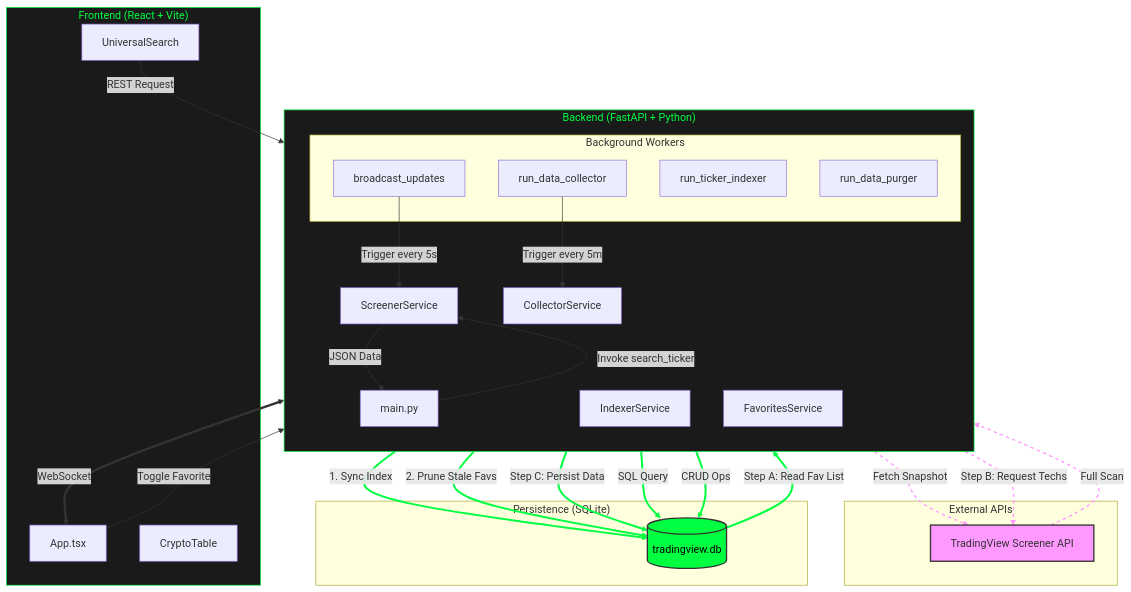
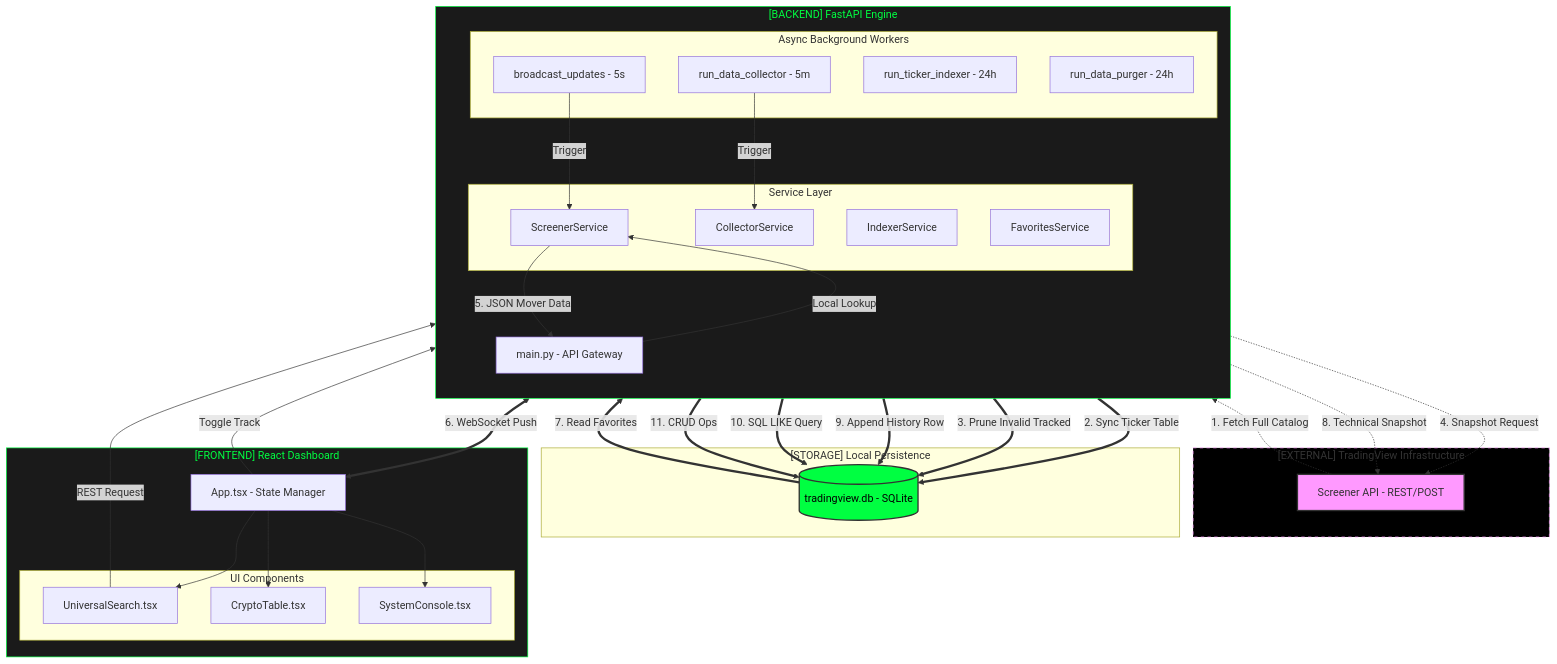
The diagram in docs/ARCHITECTURE.md (doralich/maket_trading_screener), drawn with Mermaid before and after one commit. The commit also changed other lines of this file and 1 other file, not shown here.

Commit message:
docs: Deep refine architecture, workflow, and dataflow documentation

````diff
--- a/docs/ARCHITECTURE.md
+++ b/docs/ARCHITECTURE.md
@@ -7,72 +7,79 @@
 ```mermaid
 graph TD
-    %% External Layer
-    subgraph External["External APIs"]
-        TV[TradingView Screener API]
+    %% EXTERNAL DATA SOURCE
+    subgraph External["[EXTERNAL] TradingView Infrastructure"]
+        TV_API[Screener API - REST/POST]
     end
 
-    %% Backend Layer
-    subgraph Backend["Backend (FastAPI + Python)"]
+    %% BACKEND CORE
+    subgraph Backend["[BACKEND] FastAPI Engine"]
         direction TB
-        App[main.py]
-        ScreenerSvc[ScreenerService]
-        CollectorSvc[CollectorService]
-        IndexerSvc[IndexerService]
-        FavSvc[FavoritesService]
+        Main[main.py - API Gateway]
         
-        subgraph Workers["Background Workers"]
-            W1[broadcast_updates]
-            W2[run_data_collector]
-            W3[run_ticker_indexer]
-            W4[run_data_purger]
+        subgraph Services["Service Layer"]
+            S_Screen[ScreenerService]
+            S_Coll[CollectorService]
+            S_Idx[IndexerService]
+            S_Fav[FavoritesService]
+        end
+
+        subgraph Workers["Async Background Workers"]
+            W_Broad[broadcast_updates - 5s]
+            W_Coll[run_data_collector - 5m]
+            W_Idx[run_ticker_indexer - 24h]
+            W_Purge[run_data_purger - 24h]
         end
     end
 
-    %% Persistence Layer
-    subgraph Storage["Persistence (SQLite)"]
-        DB[(tradingview.db)]
+    %% PERSISTENCE
+    subgraph Storage["[STORAGE] Local Persistence"]
+        DB[(tradingview.db - SQLite)]
     end
 
-    %% Frontend Layer
-    subgraph Frontend["Frontend (React + Vite)"]
-        MainApp[App.tsx]
-        Search[UniversalSearch]
-        Table[CryptoTable]
+    %% FRONTEND CORE
+    subgraph Frontend["[FRONTEND] React Dashboard"]
+        MainApp[App.tsx - State Manager]
+        subgraph UI["UI Components"]
+            Search[UniversalSearch.tsx]
+            Table[CryptoTable.tsx]
+            Console[SystemConsole.tsx]
+        end
     end
 
-    %% --- 1. TICKER INDEXING (IndexerService) ---
-    TV -.->|Full Scan| IndexerSvc
-    IndexerSvc ==>|1. Sync Index| DB
-    IndexerSvc ==>|2. Prune Stale Favs| DB
+    %% --- DATA FLOW 1: DISCOVERY (Indexing) ---
+    TV_API -.->|1. Fetch Full Catalog| S_Idx
+    S_Idx ==>|2. Sync Ticker Table| DB
+    S_Idx ==>|3. Prune Invalid Tracked| DB
 
-    %% --- 2. LIVE MARKET DATA (ScreenerService) ---
-    W1 -->|Trigger every 5s| ScreenerSvc
-    ScreenerSvc -.->|Fetch Snapshot| TV
-    ScreenerSvc -->|JSON Data| App
-    App <==>|WebSocket| MainApp
+    %% --- DATA FLOW 2: LIVE MARKET (Streaming) ---
+    W_Broad -->|Trigger| S_Screen
+    S_Screen -.->|4. Snapshot Request| TV_API
+    S_Screen -->|5. JSON Mover Data| Main
+    Main <==>|6. WebSocket Push| MainApp
 
-    %% --- 3. HISTORY COLLECTION (CollectorService) ---
-    W2 -->|Trigger every 5m| CollectorSvc
-    DB ==>|Step A: Read Fav List| CollectorSvc
-    CollectorSvc -.->|Step B: Request Techs| TV
-    CollectorSvc ==>|Step C: Persist Data| DB
+    %% --- DATA FLOW 3: HISTORY (Collection) ---
+    W_Coll -->|Trigger| S_Coll
+    DB ==>|7. Read Favorites| S_Coll
+    S_Coll -.->|8. Technical Snapshot| TV_API
+    S_Coll ==>|9. Append History Row| DB
 
-    %% --- 4. USER ACTIONS (Favorites & Search) ---
-    Search -->|REST Request| App
-    App -->|Invoke search_ticker| ScreenerSvc
-    ScreenerSvc ==>|SQL Query| DB
+    %% --- DATA FLOW 4: INTERACTION (Search & Track) ---
+    Search -->|REST Request| Main
+    Main -->|Local Lookup| S_Screen
+    S_Screen ==>|10. SQL LIKE Query| DB
     
-    MainApp -->|Toggle Favorite| FavSvc
-    FavSvc ==>|CRUD Ops| DB
+    MainApp -->|Toggle Track| S_Fav
+    S_Fav ==>|11. CRUD Ops| DB
 
-    %% Styling
-    style TV fill:#f9f,stroke:#333,stroke-width:2px
+    %% --- LAYOUT CONNECTIONS ---
+    MainApp --> Search
+    MainApp --> Table
+    MainApp --> Console
+
+    %% --- STYLING ---
+    style TV_API fill:#f9f,stroke:#333,stroke-width:2px
     style DB fill:#00ff41,stroke:#333,stroke-width:2px,color:#000
     style Backend fill:#1a1a1a,stroke:#00ff41,stroke-width:1px,color:#00ff41
     style Frontend fill:#1a1a1a,stroke:#00ff41,stroke-width:1px,color:#00ff41
-    
-    %% Color Code: Green (==>) for Database, Dotted (-.->) for Internet
-    %% Indices: 0:TV->Idx, 1:Idx->DB, 2:Idx->DB, 3:W1->Scr, 4:Scr->TV, 5:Scr->App, 6:App->Main, 7:W2->Coll, 8:DB->Coll, 9:Coll->TV, 10:Coll->DB, 11:Search->App, 12:App->Scr, 13:Scr->DB, 14:Main->Fav, 15:Fav->DB
-    linkStyle 1,2,8,10,13,15 stroke:#00ff41,stroke-width:3px;
-    linkStyle 0,4,9 stroke:#f9f,stroke-width:2px,stroke-dasharray: 5 5;
+    style External fill:#000,stroke:#f9f,stroke-dasharray: 5 5
 ```
````
